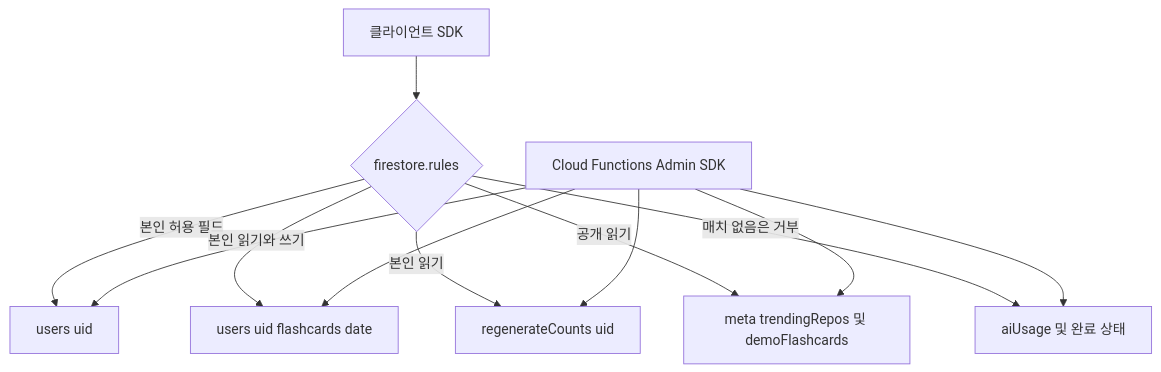
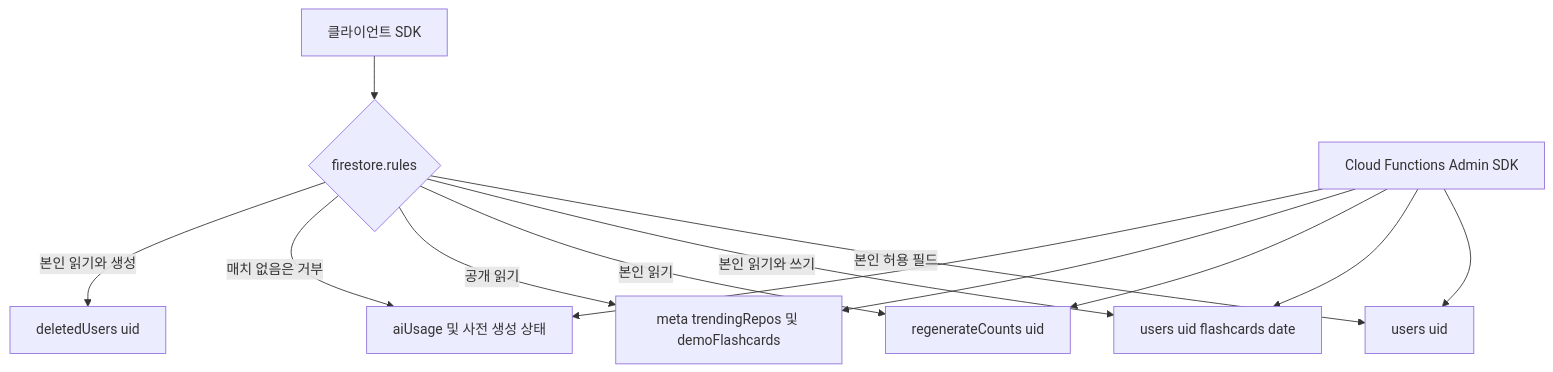
Before and after one commit to chucoding/code-recall: the diagram in openwiki/architecture/firestore-data-boundary.md, drawn with Mermaid. The commit also changed other lines of this file and 26 other files, not shown here.

````diff
--- a/openwiki/architecture/firestore-data-boundary.md
+++ b/openwiki/architecture/firestore-data-boundary.md
@@ -39,14 +41,15 @@
 ```mermaid
 flowchart TD
   Client["클라이언트 SDK"] --> Rules{"firestore.rules"}
   Rules -->|"본인 허용 필드"| User["users uid"]
   Rules -->|"본인 읽기와 쓰기"| Deck["users uid flashcards date"]
   Rules -->|"본인 읽기"| Regen["regenerateCounts uid"]
   Rules -->|"공개 읽기"| Cache["meta trendingRepos 및 demoFlashcards"]
-  Rules -->|"매치 없음은 거부"| Private["aiUsage 및 완료 상태"]
+  Rules -->|"매치 없음은 거부"| Private["aiUsage 및 사전 생성 상태"]
+  Rules -->|"본인 읽기와 생성"| Deleted["deletedUsers uid"]
   Admin["Cloud Functions Admin SDK"] --> User
   Admin --> Deck
   Admin --> Regen
   Admin --> Cache
   Admin --> Private
 ```
````
